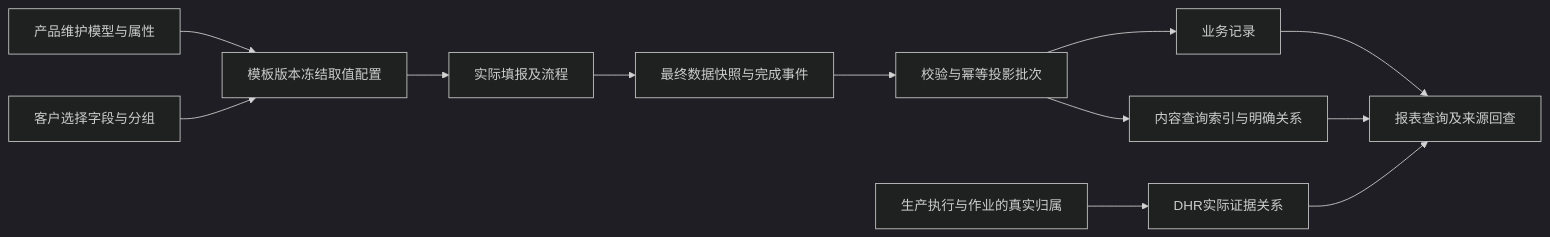
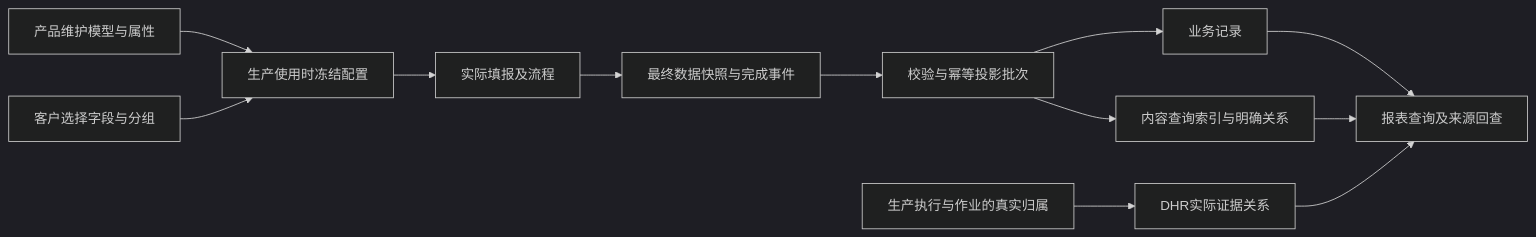
Before and after one commit to IvenYi/edhr-nexus-frontend: the diagram in docs/architecture/form-traceability-projection-design.md, drawn with Mermaid (dark theme). The commit also changed other lines of this file and 20 other files, not shown here.

````diff
--- a/docs/architecture/form-traceability-projection-design.md
+++ b/docs/architecture/form-traceability-projection-design.md
@@ -200,14 +200,14 @@
 ```mermaid
 flowchart LR
-  A[产品维护模型与属性] --> C[模板版本冻结取值配置]
+  A[产品维护模型与属性] --> C[生产使用时冻结配置]
   B[客户选择字段与分组] --> C
   C --> D[实际填报及流程]
   D --> E[最终数据快照与完成事件]
   E --> F[校验与幂等投影批次]
   F --> G[业务记录]
   F --> H[内容查询索引与明确关系]
   G --> I[报表查询及来源回查]
   H --> I
   J[生产执行与作业的真实归属] --> K[DHR实际证据关系]
   K --> I
 ```
````
